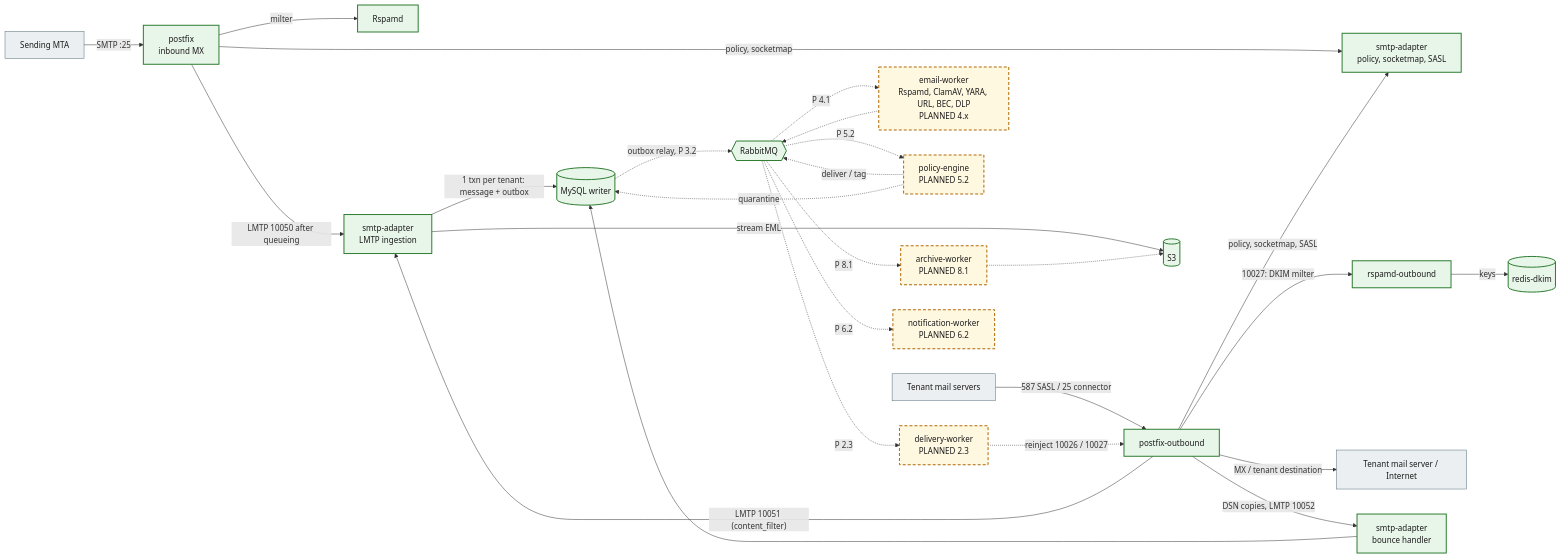
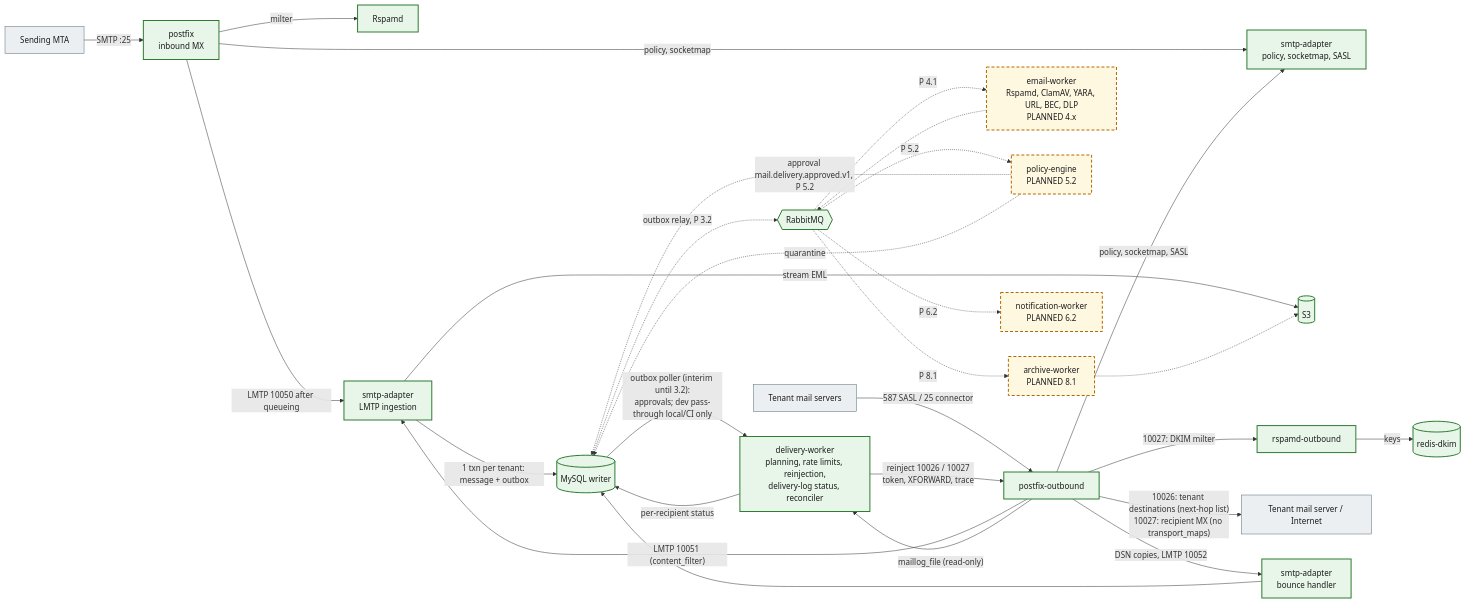
Before and after one commit to mnnitsarvesh-ai/email-gateway: the diagram in docs/architecture/overview.md, drawn with Mermaid. The commit also changed other lines of this file and 240 other files, not shown here.

````diff
--- a/docs/architecture/overview.md
+++ b/docs/architecture/overview.md
@@ -73,32 +77,34 @@
 ```mermaid
 flowchart LR
   classDef impl fill:#e8f5e9,stroke:#2e7d32,stroke-width:2px,color:#1b1b1b
   classDef planned fill:#fff8e1,stroke:#b26a00,stroke-width:2px,stroke-dasharray:6 4,color:#1b1b1b
   classDef ext fill:#eceff1,stroke:#546e7a,stroke-width:1px,color:#1b1b1b
 
   S["Sending MTA"]:::ext -->|"SMTP :25"| PF["postfix<br/>inbound MX"]:::impl
   TS["Tenant mail servers"]:::ext -->|"587 SASL / 25 connector"| PO["postfix-outbound"]:::impl
   PF -->|"policy, socketmap"| SA["smtp-adapter<br/>policy, socketmap, SASL"]:::impl
   PO -->|"policy, socketmap, SASL"| SA
   PF -->|"milter"| RS["Rspamd"]:::impl
   PF -->|"LMTP 10050 after queueing"| ING["smtp-adapter<br/>LMTP ingestion"]:::impl
   PO -->|"LMTP 10051 (content_filter)"| ING
   ING -->|"stream EML"| S3[("S3")]:::impl
   ING -->|"1 txn per tenant: message + outbox"| DB[("MySQL writer")]:::impl
   DB -.->|"outbox relay, P 3.2"| MQ{{"RabbitMQ"}}:::impl
   MQ -.->|"P 4.1"| EW["email-worker<br/>Rspamd, ClamAV, YARA, URL, BEC, DLP<br/>PLANNED 4.x"]:::planned
   EW -.-> MQ
   MQ -.->|"P 5.2"| PE["policy-engine<br/>PLANNED 5.2"]:::planned
-  PE -.->|"deliver / tag"| MQ
+  PE -.->|"approval mail.delivery.approved.v1, P 5.2"| DB
   PE -.->|"quarantine"| DB
-  MQ -.->|"P 2.3"| DW["delivery-worker<br/>PLANNED 2.3"]:::planned
-  DW -.->|"reinject 10026 / 10027"| PO
+  DB -->|"outbox poller (interim until 3.2):<br/>approvals; dev pass-through local/CI only"| DW["delivery-worker<br/>planning, rate limits, reinjection,<br/>delivery-log status, reconciler"]:::impl
+  DW -->|"reinject 10026 / 10027<br/>token, XFORWARD, trace"| PO
+  PO -->|"maillog_file (read-only)"| DW
+  DW -->|"per-recipient status"| DB
   PO -->|"10027: DKIM milter"| RO["rspamd-outbound"]:::impl
   RO -->|"keys"| RD[("redis-dkim")]:::impl
-  PO -->|"MX / tenant destination"| T["Tenant mail server / Internet"]:::ext
+  PO -->|"10026: tenant destinations (next-hop list)<br/>10027: recipient MX (no transport_maps)"| T["Tenant mail server / Internet"]:::ext
   PO -->|"DSN copies, LMTP 10052"| BH["smtp-adapter<br/>bounce handler"]:::impl
   BH --> DB
   MQ -.->|"P 8.1"| AW["archive-worker<br/>PLANNED 8.1"]:::planned
   AW -.-> S3
   MQ -.->|"P 6.2"| NW["notification-worker<br/>PLANNED 6.2"]:::planned
 ```
````
